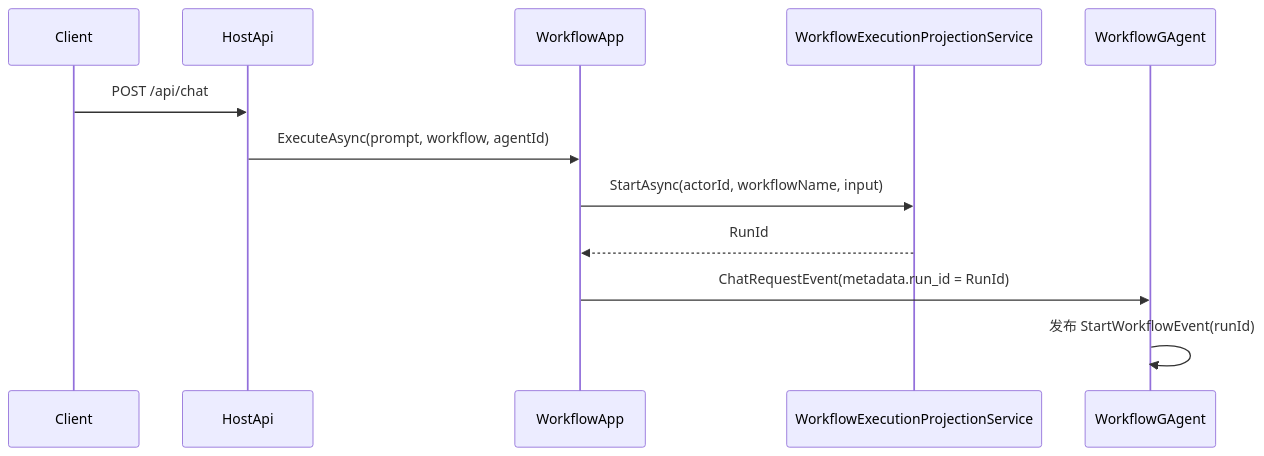
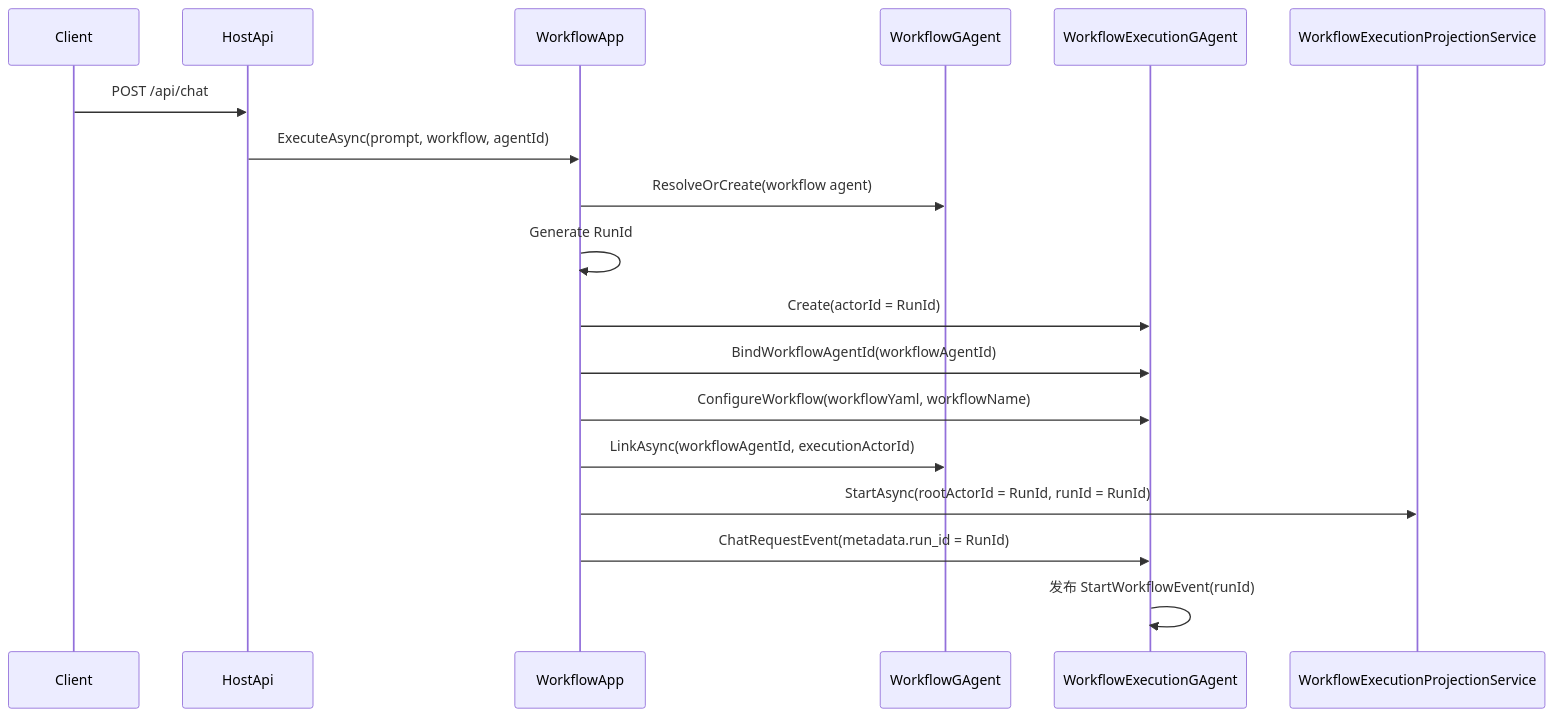
One commit to aevatarAI/aevatar changed the first of 2 diagrams in docs/IDENTIFIER_RELATIONSHIPS.md. Above: the diagram before and after it, drawn with Mermaid. The commit also changed other lines of this file and 41 other files, not shown here.

First line of the commit message:
Refactor workflow execution lifecycle and align MessageId semantics

````diff
--- a/docs/IDENTIFIER_RELATIONSHIPS.md
+++ b/docs/IDENTIFIER_RELATIONSHIPS.md
@@ -29,15 +33,21 @@
 ```mermaid
 sequenceDiagram
     participant Client
     participant Api as HostApi
     participant App as WorkflowApp
+    participant Workflow as WorkflowGAgent
+    participant Execution as WorkflowExecutionGAgent
     participant Projection as WorkflowExecutionProjectionService
-    participant Agent as WorkflowGAgent
 
     Client->>Api: POST /api/chat
     Api->>App: ExecuteAsync(prompt, workflow, agentId)
-    App->>Projection: StartAsync(actorId, workflowName, input)
-    Projection-->>App: RunId
-    App->>Agent: ChatRequestEvent(metadata.run_id = RunId)
-    Agent->>Agent: 发布 StartWorkflowEvent(runId)
+    App->>Workflow: ResolveOrCreate(workflow agent)
+    App->>App: Generate RunId
+    App->>Execution: Create(actorId = RunId)
+    App->>Execution: BindWorkflowAgentId(workflowAgentId)
+    App->>Execution: ConfigureWorkflow(workflowYaml, workflowName)
+    App->>Workflow: LinkAsync(workflowAgentId, executionActorId)
+    App->>Projection: StartAsync(rootActorId = RunId, runId = RunId)
+    App->>Execution: ChatRequestEvent(metadata.run_id = RunId)
+    Execution->>Execution: 发布 StartWorkflowEvent(runId)
 ```
````
